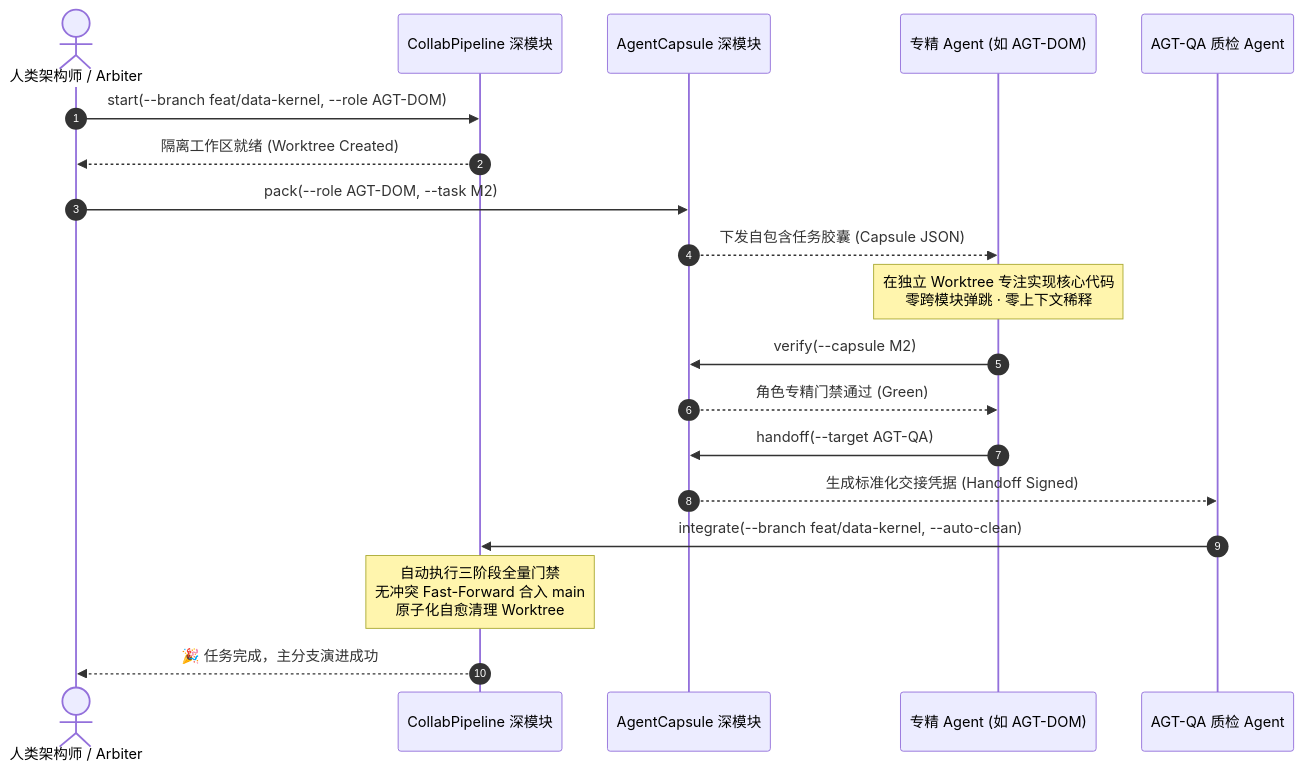
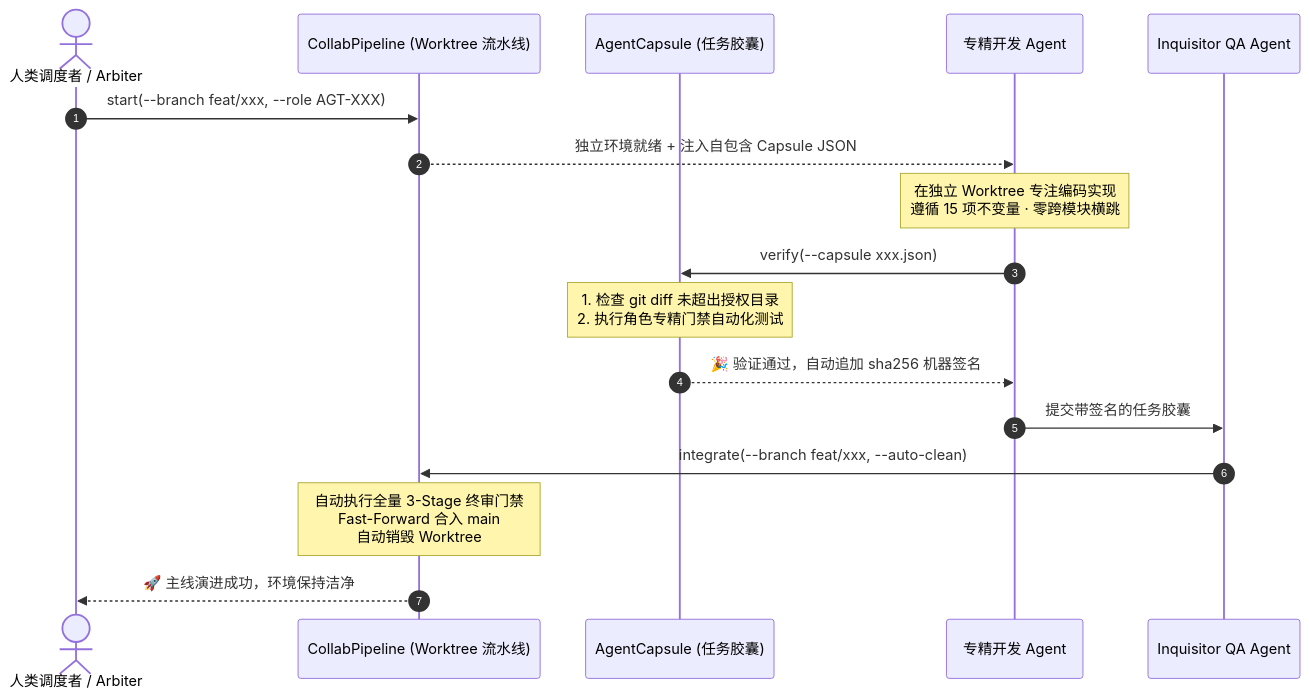
One commit to hrygo/WorldofMysteries changed the diagram in docs/03_工程规范/高效人机协同研发体系实施方案_v1.0.md. Above: the diagram before and after it, drawn with Mermaid. The commit also changed other lines of this file and 4 other files, not shown here.

Commit message:
feat(collab): research, optimize, and ground collaborative engineering framework with AgentCapsule and CollabPipeline

````diff
--- a/docs/03_工程规范/高效人机协同研发体系实施方案_v1.0.md
+++ b/docs/03_工程规范/高效人机协同研发体系实施方案_v1.0.md
@@ -179,27 +153,23 @@
 ```mermaid
 sequenceDiagram
     autonumber
-    actor Human as 人类架构师 / Arbiter
-    participant Pipe as CollabPipeline 深模块
-    participant Cap as AgentCapsule 深模块
-    participant Agent as 专精 Agent (如 AGT-DOM)
-    participant QA as AGT-QA 质检 Agent
+    actor Human as 人类调度者 / Arbiter
+    participant Pipe as CollabPipeline (Worktree 流水线)
+    participant Cap as AgentCapsule (任务胶囊)
+    participant Agent as 专精开发 Agent
+    participant QA as Inquisitor QA Agent
 
-    Human->>Pipe: start(--branch feat/data-kernel, --role AGT-DOM)
-    Pipe-->>Human: 隔离工作区就绪 (Worktree Created)
+    Human->>Pipe: start(--branch feat/xxx, --role AGT-XXX)
+    Pipe-->>Agent: 独立环境就绪 + 注入自包含 Capsule JSON
 
-    Human->>Cap: pack(--role AGT-DOM, --task M2)
-    Cap-->>Agent: 下发自包含任务胶囊 (Capsule JSON)
+    Note over Agent: 在独立 Worktree 专注编码实现<br/>遵循 15 项不变量 · 零跨模块横跳
 
-    Note over Agent: 在独立 Worktree 专注实现核心代码<br/>零跨模块弹跳 · 零上下文稀释
+    Agent->>Cap: verify(--capsule xxx.json)
+    Note over Cap: 1. 检查 git diff 未超出授权目录<br/>2. 执行角色专精门禁自动化测试
+    Cap-->>Agent: 🎉 验证通过，自动追加 sha256 机器签名
 
-    Agent->>Cap: verify(--capsule M2)
-    Cap-->>Agent: 角色专精门禁通过 (Green)
-
-    Agent->>Cap: handoff(--target AGT-QA)
-    Cap-->>QA: 生成标准化交接凭据 (Handoff Signed)
-
-    QA->>Pipe: integrate(--branch feat/data-kernel, --auto-clean)
-    Note over Pipe: 自动执行三阶段全量门禁<br/>无冲突 Fast-Forward 合入 main<br/>原子化自愈清理 Worktree
-    Pipe-->>Human: 🎉 任务完成，主分支演进成功
+    Agent->>QA: 提交带签名的任务胶囊
+    QA->>Pipe: integrate(--branch feat/xxx, --auto-clean)
+    Note over Pipe: 自动执行全量 3-Stage 终审门禁<br/>Fast-Forward 合入 main<br/>自动销毁 Worktree
+    Pipe-->>Human: 🚀 主线演进成功，环境保持洁净
 ```
````
